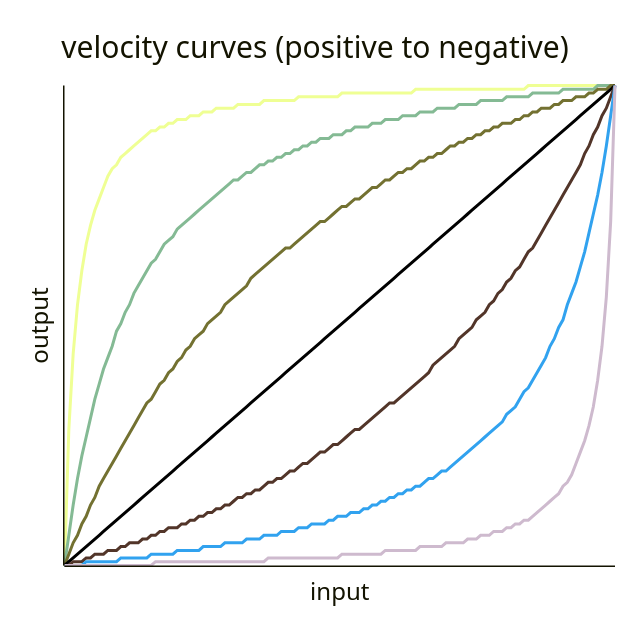
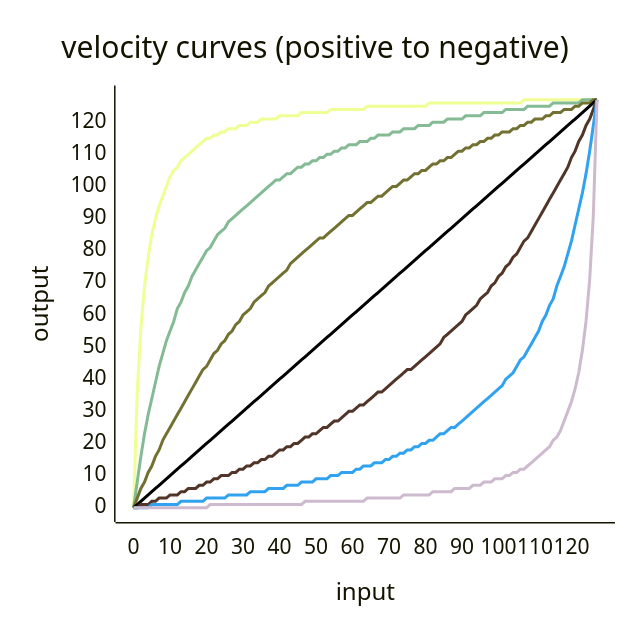
One commit to HLammers/cybo-drummer changed the second of 4 diagrams in README.md. Above: the diagram before and after it, drawn with Mermaid. The commit also changed other lines of this file, not shown here.

````diff
--- a/README.md
+++ b/README.md
@@ -101,30 +101,28 @@
 ```mermaid
 ---
 config:
     xyChart:
         width: 400
         height: 400
         xAxis:
-            showLabel: false
             showTick: false
             axisLineWidth: 1
         yAxis:
-            showLabel: false
             showTick: false
             axisLineWidth: 1
     themeVariables:
         xyChart:
             plotColorPalette: "#EFFF94, #84BA94, #737131, #000000, #523529, #31A2EF, #CEBACE"
 ---
 xychart-beta
 title "velocity curves (positive to negative)"
 x-axis input 0 --> 127
 y-axis output
 line "positive 3" [0, 36, 56, 69, 78, 85, 90, 94, 97, 100, 103, 105, 106, 108, 109, 110, 111, 112, 113, 114, 115, 115, 116, 116, 117, 117, 118, 118, 118, 119, 119, 119, 120, 120, 120, 121, 121, 121, 121, 121, 122, 122, 122, 122, 122, 122, 123, 123, 123, 123, 123, 123, 123, 123, 124, 124, 124, 124, 124, 124, 124, 124, 124, 124, 125, 125, 125, 125, 125, 125, 125, 125, 125, 125, 125, 125, 125, 125, 125, 125, 125, 126, 126, 126, 126, 126, 126, 126, 126, 126, 126, 126, 126, 126, 126, 126, 126, 126, 126, 126, 126, 126, 126, 126, 126, 126, 126, 127, 127, 127, 127, 127, 127, 127, 127, 127, 127, 127, 127, 127, 127, 127, 127, 127, 127, 127, 127, 127]
 line "positive 2" [0, 8, 16, 23, 29, 34, 39, 44, 48, 52, 55, 58, 62, 64, 67, 69, 72, 74, 76, 78, 80, 81, 83, 85, 86, 87, 89, 90, 91, 92, 93, 94, 95, 96, 97, 98, 99, 100, 101, 102, 102, 103, 104, 104, 105, 106, 106, 107, 107, 108, 108, 109, 109, 110, 110, 111, 111, 112, 112, 113, 113, 113, 114, 114, 114, 115, 115, 116, 116, 116, 116, 117, 117, 117, 118, 118, 118, 118, 119, 119, 119, 119, 120, 120, 120, 120, 121, 121, 121, 121, 121, 122, 122, 122, 122, 122, 123, 123, 123, 123, 123, 123, 124, 124, 124, 124, 124, 124, 125, 125, 125, 125, 125, 125, 125, 126, 126, 126, 126, 126, 126, 126, 126, 127, 127, 127, 127, 127]
 line "positive 1" [0, 3, 6, 8, 11, 13, 16, 18, 21, 23, 25, 27, 29, 31, 33, 35, 37, 39, 41, 43, 44, 46, 48, 49, 51, 52, 54, 55, 57, 58, 60, 61, 62, 64, 65, 66, 67, 69, 70, 71, 72, 73, 74, 76, 77, 78, 79, 80, 81, 82, 83, 84, 84, 85, 86, 87, 88, 89, 90, 91, 91, 92, 93, 94, 95, 95, 96, 97, 97, 98, 99, 100, 100, 101, 102, 102, 103, 104, 104, 105, 105, 106, 107, 107, 108, 108, 109, 109, 110, 111, 111, 112, 112, 113, 113, 114, 114, 115, 115, 116, 116, 117, 117, 117, 118, 118, 119, 119, 120, 120, 121, 121, 121, 122, 122, 123, 123, 123, 124, 124, 124, 125, 125, 126, 126, 126, 127, 127]
 line "linear" [0, 1, 2, 3, 4, 5, 6, 7, 8, 9, 10, 11, 12, 13, 14, 15, 16, 17, 18, 19, 20, 21, 22, 23, 24, 25, 26, 27, 28, 29, 30, 31, 32, 33, 34, 35, 36, 37, 38, 39, 40, 41, 42, 43, 44, 45, 46, 47, 48, 49, 50, 51, 52, 53, 54, 55, 56, 57, 58, 59, 60, 61, 62, 63, 64, 65, 66, 67, 68, 69, 70, 71, 72, 73, 74, 75, 76, 77, 78, 79, 80, 81, 82, 83, 84, 85, 86, 87, 88, 89, 90, 91, 92, 93, 94, 95, 96, 97, 98, 99, 100, 101, 102, 103, 104, 105, 106, 107, 108, 109, 110, 111, 112, 113, 114, 115, 116, 117, 118, 119, 120, 121, 122, 123, 124, 125, 126, 127]
 line "negative 1" [0, 0, 1, 1, 1, 2, 2, 3, 3, 3, 4, 4, 4, 5, 5, 6, 6, 6, 7, 7, 8, 8, 9, 9, 10, 10, 10, 11, 11, 12, 12, 13, 13, 14, 14, 15, 15, 16, 16, 17, 18, 18, 19, 19, 20, 20, 21, 22, 22, 23, 23, 24, 25, 25, 26, 27, 27, 28, 29, 30, 30, 31, 32, 32, 33, 34, 35, 36, 36, 37, 38, 39, 40, 41, 42, 43, 43, 44, 45, 46, 47, 48, 49, 50, 51, 53, 54, 55, 56, 57, 58, 60, 61, 62, 63, 65, 66, 67, 69, 70, 72, 73, 75, 76, 78, 79, 81, 83, 84, 86, 88, 90, 92, 94, 96, 98, 100, 102, 104, 106, 109, 111, 114, 116, 119, 121, 124, 127]
 line "negative 2" [0, 0, 0, 0, 0, 1, 1, 1, 1, 1, 1, 1, 1, 2, 2, 2, 2, 2, 2, 2, 3, 3, 3, 3, 3, 3, 4, 4, 4, 4, 4, 4, 5, 5, 5, 5, 5, 6, 6, 6, 6, 6, 7, 7, 7, 7, 8, 8, 8, 8, 9, 9, 9, 9, 10, 10, 10, 11, 11, 11, 11, 12, 12, 13, 13, 13, 14, 14, 14, 15, 15, 16, 16, 17, 17, 18, 18, 19, 19, 20, 20, 21, 21, 22, 23, 23, 24, 25, 25, 26, 27, 28, 29, 30, 31, 32, 33, 34, 35, 36, 37, 38, 40, 41, 42, 44, 46, 47, 49, 51, 53, 55, 58, 60, 63, 65, 69, 72, 75, 79, 83, 88, 93, 98, 104, 111, 119, 127]
 line "negative 3" [0, 0, 0, 0, 0, 0, 0, 0, 0, 0, 0, 0, 0, 0, 0, 0, 0, 0, 0, 0, 0, 1, 1, 1, 1, 1, 1, 1, 1, 1, 1, 1, 1, 1, 1, 1, 1, 1, 1, 1, 1, 1, 1, 1, 1, 1, 1, 2, 2, 2, 2, 2, 2, 2, 2, 2, 2, 2, 2, 2, 2, 2, 2, 2, 3, 3, 3, 3, 3, 3, 3, 3, 3, 3, 4, 4, 4, 4, 4, 4, 4, 4, 5, 5, 5, 5, 5, 5, 6, 6, 6, 6, 6, 7, 7, 7, 8, 8, 8, 9, 9, 9, 10, 10, 11, 11, 12, 12, 13, 14, 15, 16, 17, 18, 19, 21, 22, 24, 27, 30, 33, 37, 42, 49, 58, 71, 91, 127]
 ```
````
